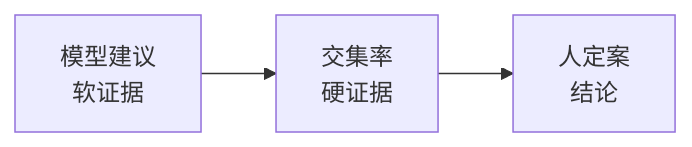
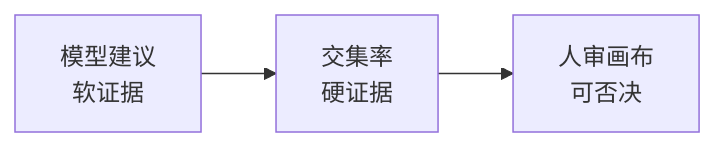
Before and after one commit to majiang213/Ontos: the third of 4 diagrams in README.md, drawn with Mermaid. The commit also changed other lines of this file and 74 other files, not shown here.

````diff
--- a/README.md
+++ b/README.md
@@ -93,4 +93,4 @@
 ```mermaid
 flowchart LR
-    M["模型建议<br/>软证据"] --> O["交集率<br/>硬证据"] --> H["人定案<br/>结论"]
+    M["模型建议<br/>软证据"] --> O["交集率<br/>硬证据"] --> H["人审画布<br/>可否决"]
 ```
````
